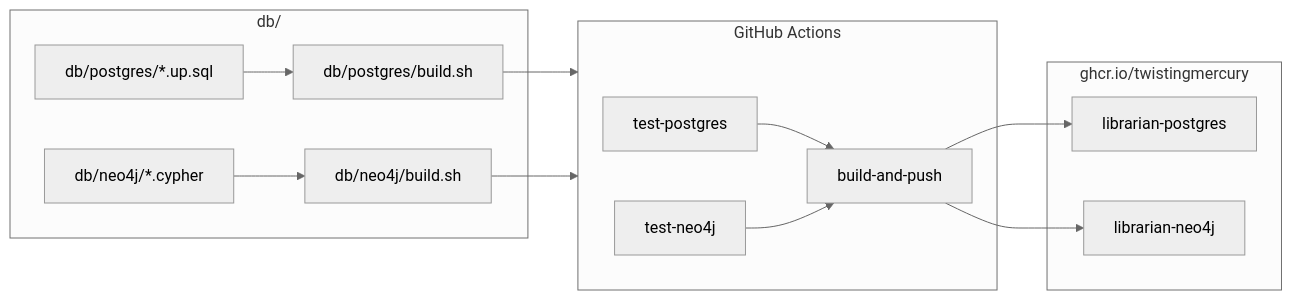
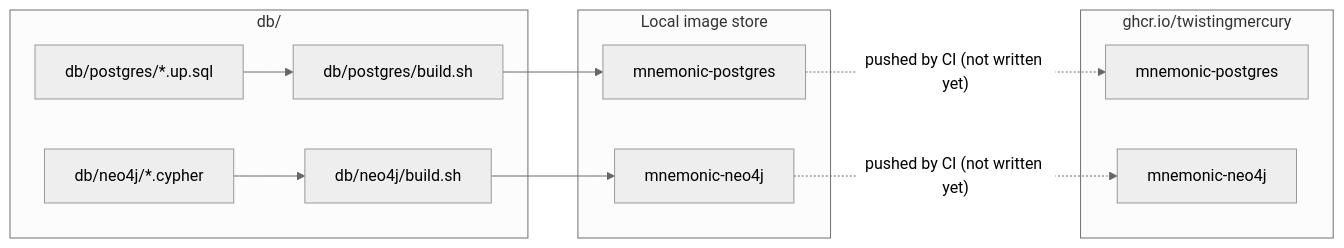
One commit to twistingmercury/mnemonic changed the diagram in docs/design/architecture/dbs/05-deployment-architecture.md. Above: the diagram before and after it, drawn with Mermaid (neutral theme). The commit also changed other lines of this file and 35 other files, not shown here.

First line of the commit message:
Rename the design docs to Mnemonic and fix the schema, build and CI text

````diff
--- a/docs/design/architecture/dbs/05-deployment-architecture.md
+++ b/docs/design/architecture/dbs/05-deployment-architecture.md
@@ -23,27 +23,24 @@
 ```mermaid
 graph LR
     subgraph Repo["db/"]
         SQL["db/postgres/*.up.sql"]
         CYP["db/neo4j/*.cypher"]
         PG_SH["db/postgres/build.sh"]
         NEO_SH["db/neo4j/build.sh"]
     end
 
-    subgraph CI["GitHub Actions"]
-        T1["test-postgres"]
-        T2["test-neo4j"]
-        BUILD["build-and-push"]
-        T1 --> BUILD
-        T2 --> BUILD
+    subgraph Local["Local image store"]
+        PG["mnemonic-postgres"]
+        NEO["mnemonic-neo4j"]
     end
 
     subgraph GHCR["ghcr.io/twistingmercury"]
-        PG["librarian-postgres"]
-        NEO["librarian-neo4j"]
+        PG_REG["mnemonic-postgres"]
+        NEO_REG["mnemonic-neo4j"]
     end
 
-    SQL --> PG_SH --> CI
-    CYP --> NEO_SH --> CI
-    BUILD --> PG
-    BUILD --> NEO
+    SQL --> PG_SH --> PG
+    CYP --> NEO_SH --> NEO
+    PG -. "pushed by CI (not written yet)" .-> PG_REG
+    NEO -. "pushed by CI (not written yet)" .-> NEO_REG
 ```
````
